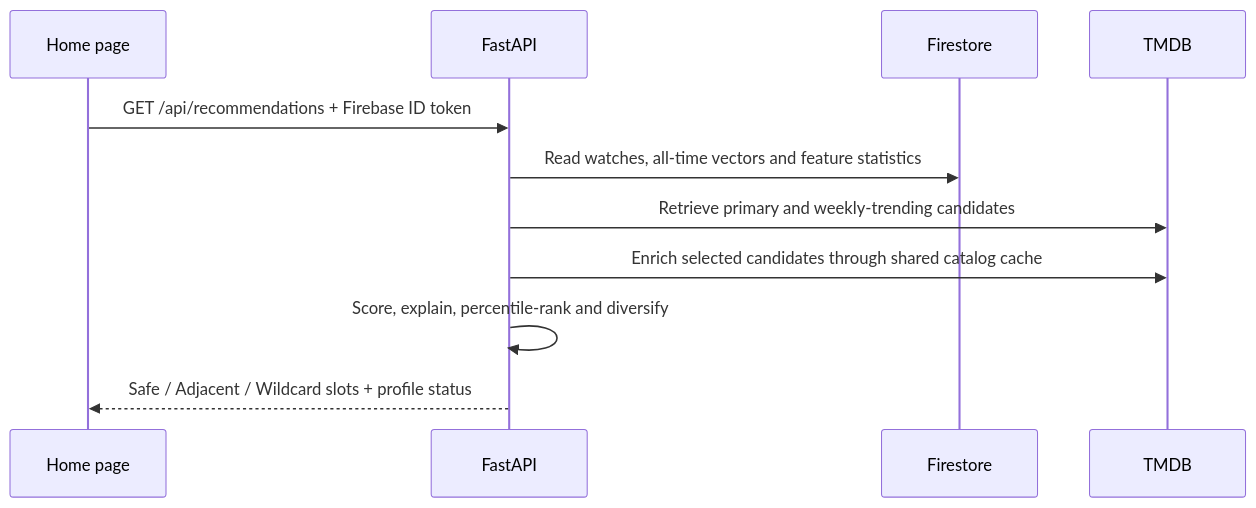
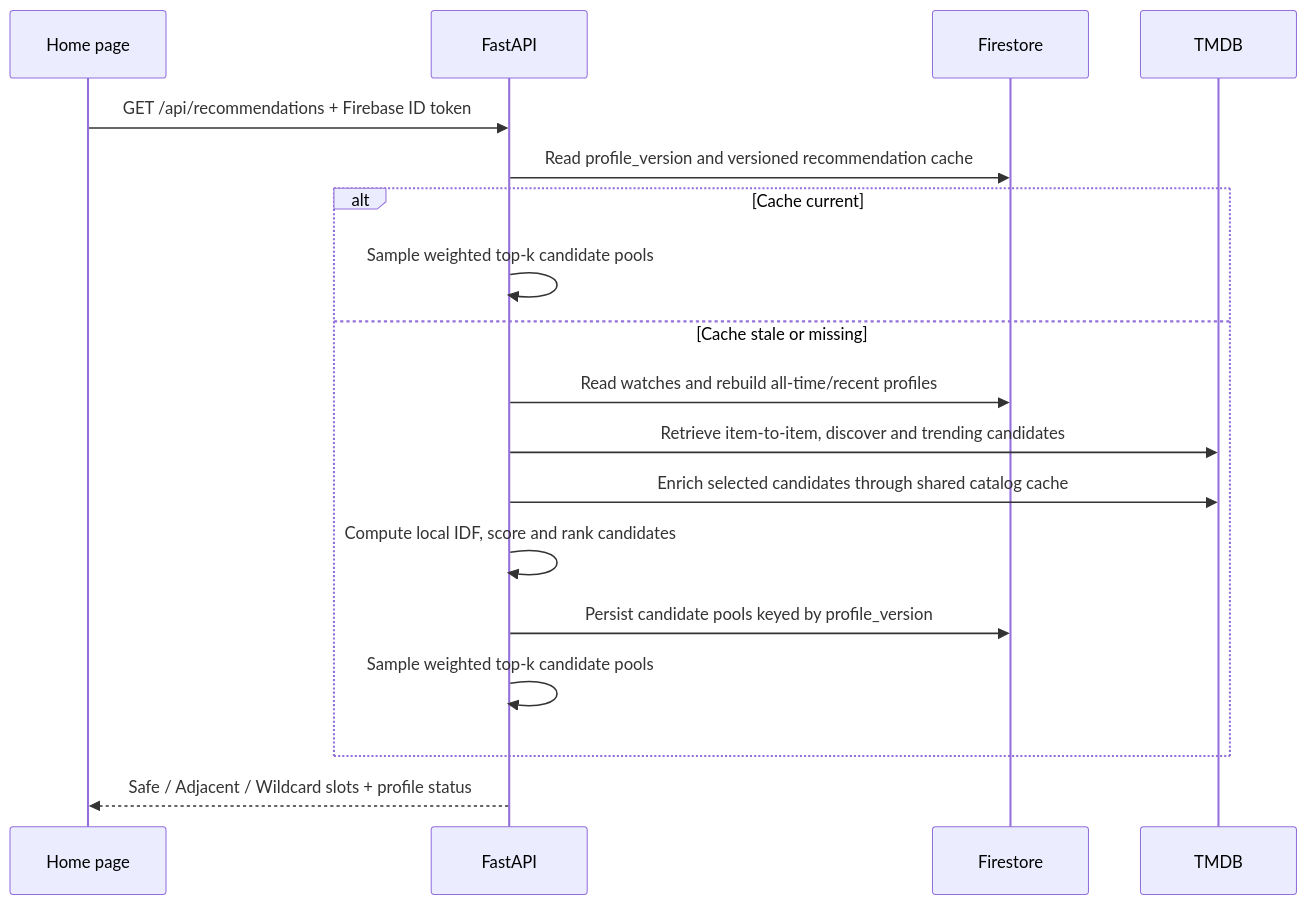
One commit to Shreyas-patil07/Dex changed the fourth of 4 diagrams in docs/03_Architecture.md. Above: the diagram before and after it, drawn with Mermaid. The commit also changed other lines of this file, not shown here.

Commit message:
Update architecture for versioned recommendation cache and local profiles

````diff
--- a/docs/03_Architecture.md
+++ b/docs/03_Architecture.md
@@ -99,13 +99,20 @@
 ```mermaid
 sequenceDiagram
     participant UI as Home page
     participant API as FastAPI
     participant DB as Firestore
     participant TMDB
     UI->>API: GET /api/recommendations + Firebase ID token
-    API->>DB: Read watches, all-time vectors and feature statistics
-    API->>TMDB: Retrieve primary and weekly-trending candidates
-    API->>TMDB: Enrich selected candidates through shared catalog cache
-    API->>API: Score, explain, percentile-rank and diversify
+    API->>DB: Read profile_version and versioned recommendation cache
+    alt Cache current
+        API->>API: Sample weighted top-k candidate pools
+    else Cache stale or missing
+        API->>DB: Read watches and rebuild all-time/recent profiles
+        API->>TMDB: Retrieve item-to-item, discover and trending candidates
+        API->>TMDB: Enrich selected candidates through shared catalog cache
+        API->>API: Compute local IDF, score and rank candidates
+        API->>DB: Persist candidate pools keyed by profile_version
+        API->>API: Sample weighted top-k candidate pools
+    end
     API-->>UI: Safe / Adjacent / Wildcard slots + profile status
 ```
````
